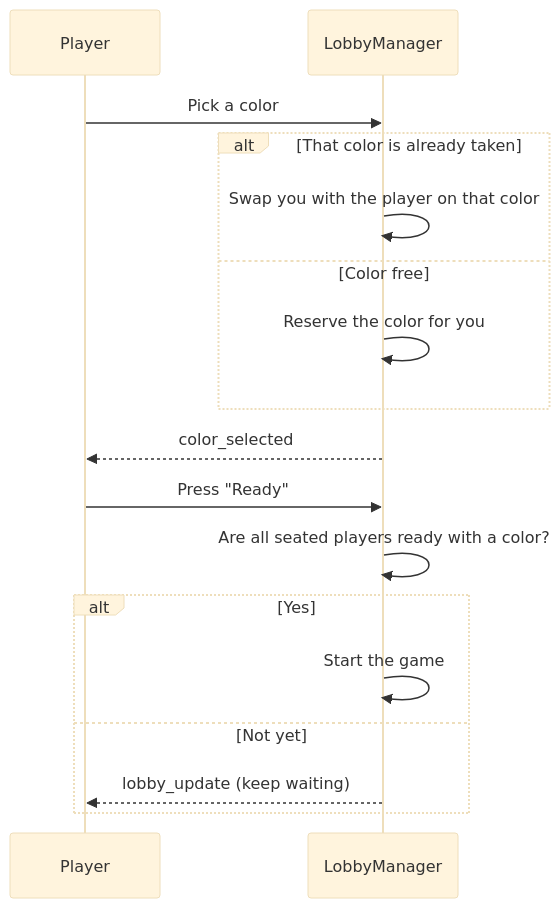
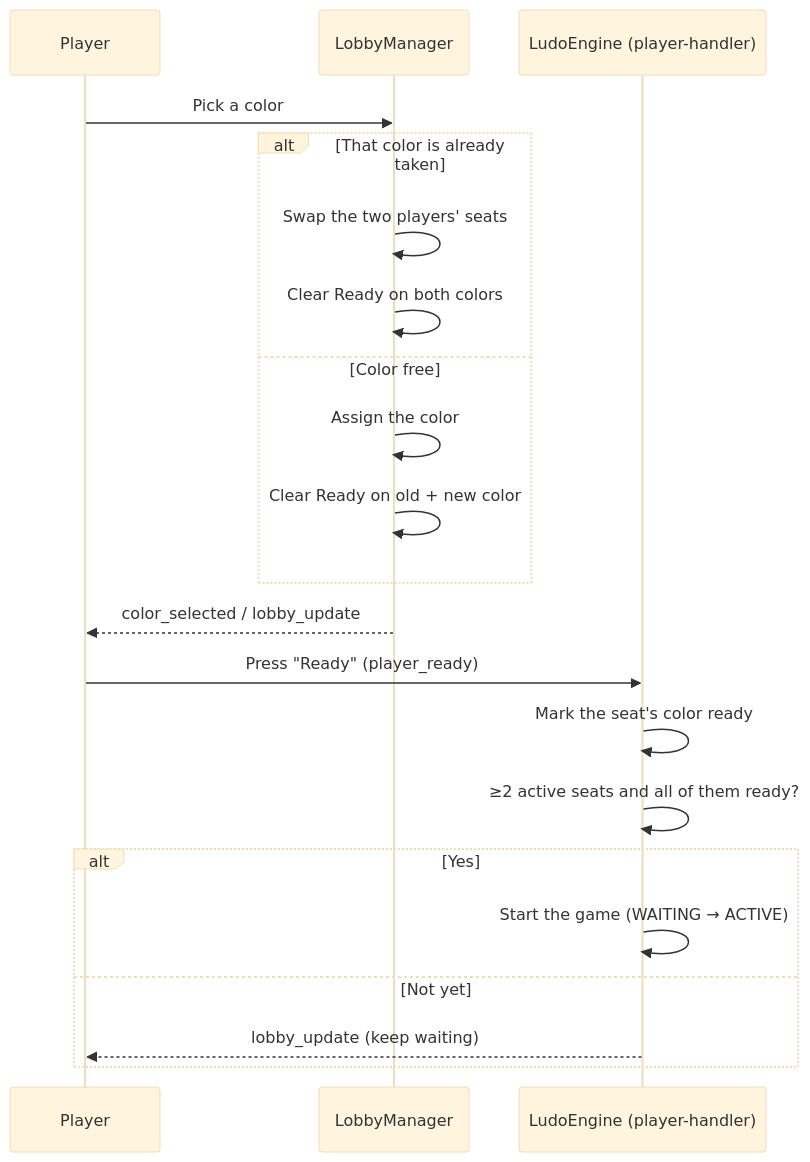
The diagram in docs/ludo-engine/ludo-engine-lobby-module.md (JaxzTan/ft_transcendence), drawn with Mermaid (base theme) before and after one commit. The commit also changed other lines of this file and 13 other files, not shown here.

````diff
--- a/docs/ludo-engine/ludo-engine-lobby-module.md
+++ b/docs/ludo-engine/ludo-engine-lobby-module.md
@@ -44,21 +44,25 @@
 ```mermaid
 sequenceDiagram
     participant Player
     participant Lobby as LobbyManager
+    participant Engine as LudoEngine (player-handler)
 
     Player->>Lobby: Pick a color
     alt That color is already taken
-        Lobby->>Lobby: Swap you with the player on that color
+        Lobby->>Lobby: Swap the two players' seats
+        Lobby->>Lobby: Clear Ready on both colors
     else Color free
-        Lobby->>Lobby: Reserve the color for you
+        Lobby->>Lobby: Assign the color
+        Lobby->>Lobby: Clear Ready on old + new color
     end
-    Lobby-->>Player: color_selected
+    Lobby-->>Player: color_selected / lobby_update
 
-    Player->>Lobby: Press "Ready"
-    Lobby->>Lobby: Are all seated players ready with a color?
+    Player->>Engine: Press "Ready" (player_ready)
+    Engine->>Engine: Mark the seat's color ready
+    Engine->>Engine: ≥2 active seats and all of them ready?
     alt Yes
-        Lobby->>Lobby: Start the game
+        Engine->>Engine: Start the game (WAITING → ACTIVE)
     else Not yet
-        Lobby-->>Player: lobby_update (keep waiting)
+        Engine-->>Player: lobby_update (keep waiting)
     end
 ```
````
